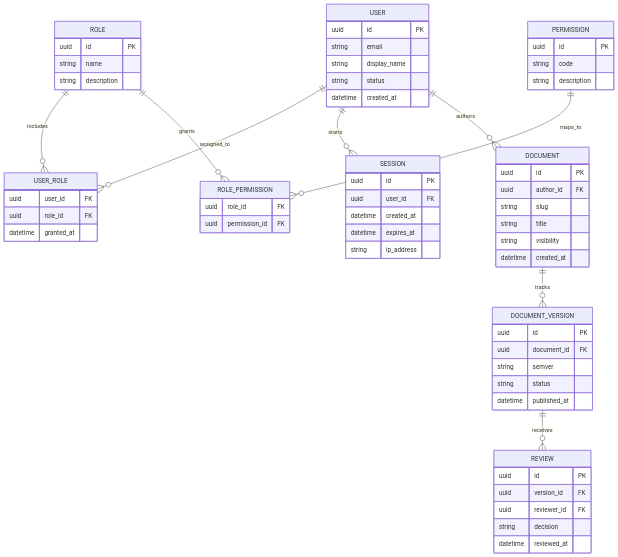
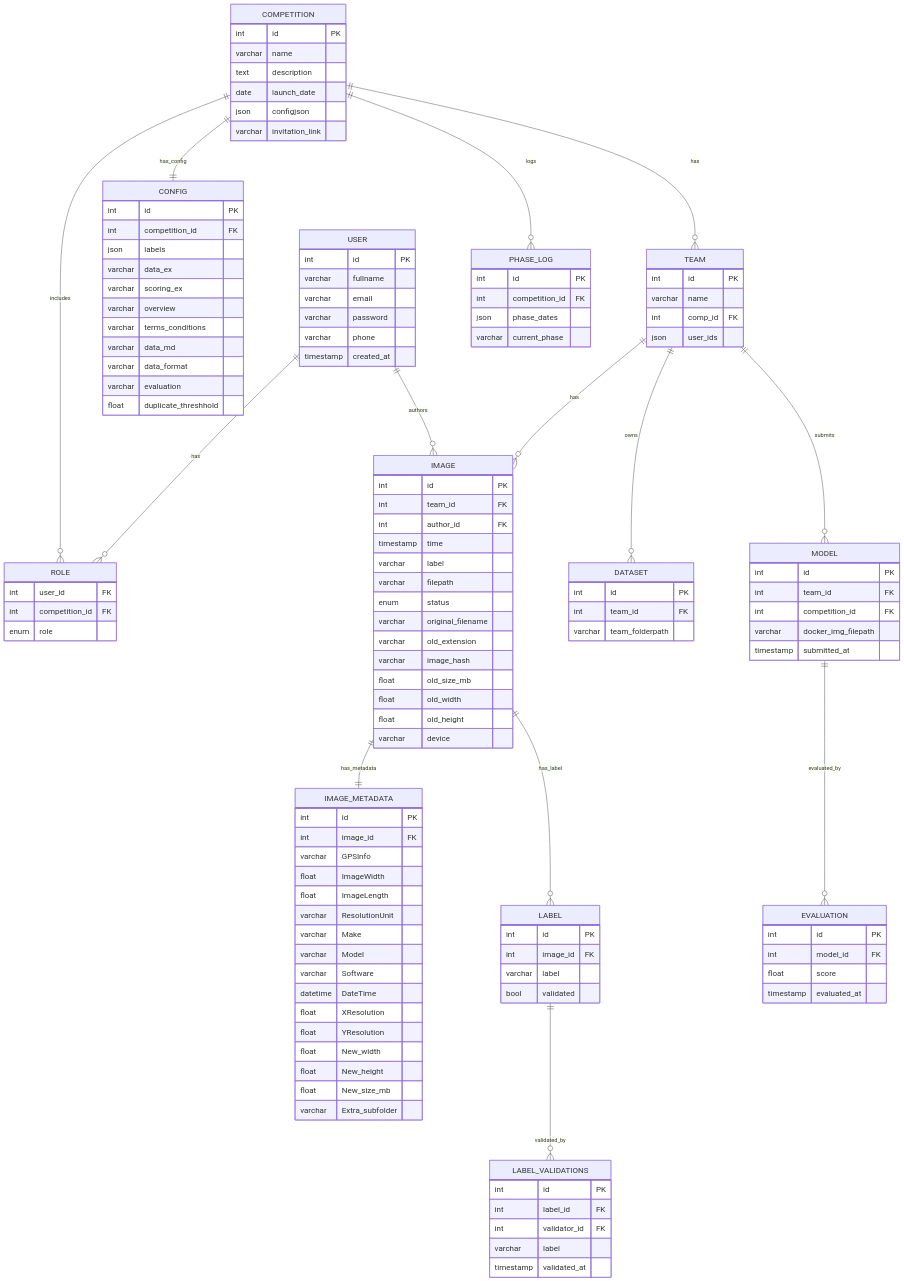
Before and after one commit to Hai-t9/Axon: the diagram in docs/schema/database-schema.md, drawn with Mermaid. The commit also changed other lines of this file and 14 other files, not shown here.

````diff
--- a/docs/schema/database-schema.md
+++ b/docs/schema/database-schema.md
@@ -10,75 +10,141 @@
 ```mermaid
+%%{init: {'themeVariables': { 'fontSize':'20px', 'fontFamily':'Inter, Arial, sans-serif' }}}%%
 erDiagram
-  USER ||--o{ USER_ROLE : assigned_to
-  ROLE ||--o{ USER_ROLE : includes
-  ROLE ||--o{ ROLE_PERMISSION : grants
-  PERMISSION ||--o{ ROLE_PERMISSION : maps_to
-  USER ||--o{ SESSION : starts
-  USER ||--o{ DOCUMENT : authors
-  DOCUMENT ||--o{ DOCUMENT_VERSION : tracks
-  DOCUMENT_VERSION ||--o{ REVIEW : receives
+  USER ||--o{ ROLE : has
+  COMPETITION ||--o{ ROLE : includes
+  COMPETITION ||--|| CONFIG : has_config
+  COMPETITION ||--o{ TEAM : has
+  TEAM ||--o{ IMAGE : has
+  USER ||--o{ IMAGE : authors
+  IMAGE ||--|| IMAGE_METADATA : has_metadata
+  IMAGE ||--o{ LABEL : has_label
+  LABEL ||--o{ LABEL_VALIDATIONS : validated_by
+  TEAM ||--o{ DATASET : owns
+  TEAM ||--o{ MODEL : submits
+  MODEL ||--o{ EVALUATION : evaluated_by
+  COMPETITION ||--o{ PHASE_LOG : logs
 
   USER {
-    uuid id PK
-    string email
-    string display_name
-    string status
-    datetime created_at
+    int id PK
+    varchar fullname
+    varchar email
+    varchar password
+    varchar phone
+    timestamp created_at
   }
 
   ROLE {
-    uuid id PK
-    string name
-    string description
+    int user_id FK
+    int competition_id FK
+    enum role
   }
 
-  PERMISSION {
-    uuid id PK
-    string code
-    string description
+  COMPETITION {
+    int id PK
+    varchar name
+    text description
+    date launch_date
+    json configjson
+    varchar invitation_link
   }
 
-  USER_ROLE {
-    uuid user_id FK
-    uuid role_id FK
-    datetime granted_at
+  CONFIG {
+    int id PK
+    int competition_id FK
+    json labels
+    varchar data_ex
+    varchar scoring_ex
+    varchar overview
+    varchar terms_conditions
+    varchar data_md
+    varchar data_format
+    varchar evaluation
+    float duplicate_threshhold
   }
 
-  ROLE_PERMISSION {
-    uuid role_id FK
-    uuid permission_id FK
+  TEAM {
+    int id PK
+    varchar name
+    int comp_id FK
+    json user_ids
   }
 
-  SESSION {
-    uuid id PK
-    uuid user_id FK
-    datetime created_at
-    datetime expires_at
-    string ip_address
+  PHASE_LOG {
+    int id PK
+    int competition_id FK
+    json phase_dates
+    varchar current_phase
   }
 
-  DOCUMENT {
-    uuid id PK
-    uuid author_id FK
-    string slug
-    string title
-    string visibility
-    datetime created_at
+  IMAGE {
+    int id PK
+    int team_id FK
+    int author_id FK
+    timestamp time
+    varchar label
+    varchar filepath
+    enum status
+    varchar original_filename
+    varchar old_extension
+    varchar image_hash
+    float old_size_mb
+    float old_width
+    float old_height
+    varchar device
   }
 
-  DOCUMENT_VERSION {
-    uuid id PK
-    uuid document_id FK
-    string semver
-    string status
-    datetime published_at
+  IMAGE_METADATA {
+    int id PK
+    int image_id FK
+    varchar GPSInfo
+    float ImageWidth
+    float ImageLength
+    varchar ResolutionUnit
+    varchar Make
+    varchar Model
+    varchar Software
+    datetime DateTime
+    float XResolution
+    float YResolution
+    float New_width
+    float New_height
+    float New_size_mb
+    varchar Extra_subfolder
   }
 
-  REVIEW {
-    uuid id PK
-    uuid version_id FK
-    uuid reviewer_id FK
-    string decision
-    datetime reviewed_at
+  LABEL {
+    int id PK
+    int image_id FK
+    varchar label
+    bool validated
+  }
+
+  LABEL_VALIDATIONS {
+    int id PK
+    int label_id FK
+    int validator_id FK
+    varchar label
+    timestamp validated_at
+  }
+
+  DATASET {
+    int id PK
+    int team_id FK
+    varchar team_folderpath
+  }
+
+  MODEL {
+    int id PK
+    int team_id FK
+    int competition_id FK
+    varchar docker_img_filepath
+    timestamp submitted_at
+  }
+
+  EVALUATION {
+    int id PK
+    int model_id FK
+    float score
+    timestamp evaluated_at
   }
 ```
````
